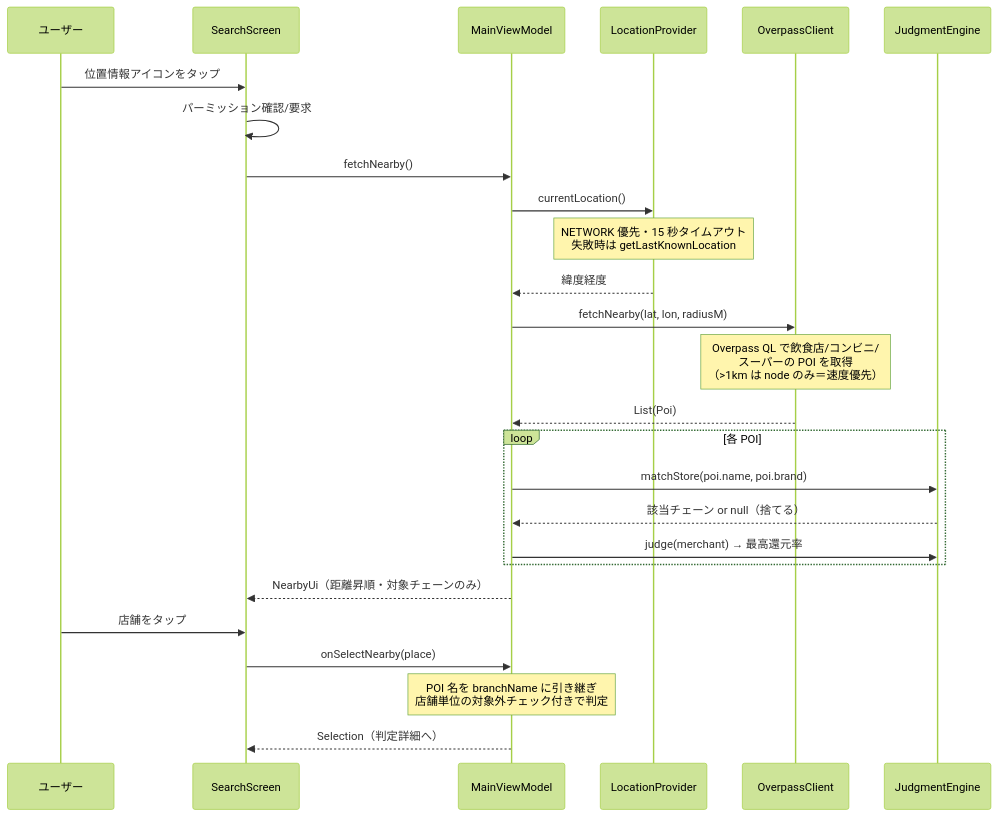
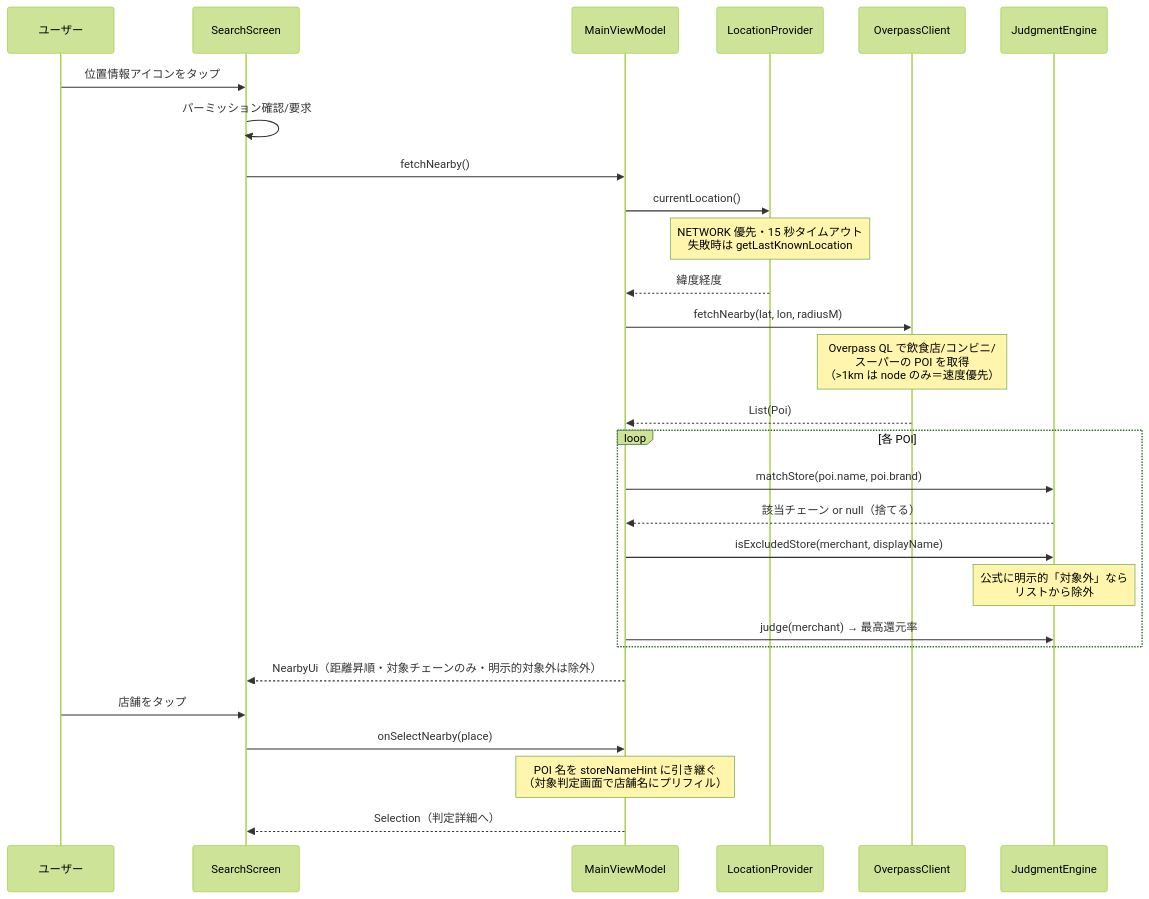
The sixth of 6 diagrams in docs/code-guide.md (ktakjm/poikatsu), drawn with Mermaid (forest theme) before and after one commit. The commit also changed other lines of this file and 8 other files, not shown here.

````diff
--- a/docs/code-guide.md
+++ b/docs/code-guide.md
@@ -276,29 +290,31 @@
 ```mermaid
 sequenceDiagram
     participant U as ユーザー
     participant SC as SearchScreen
     participant VM as MainViewModel
     participant LP as LocationProvider
     participant OC as OverpassClient
     participant JE as JudgmentEngine
 
     U->>SC: 位置情報アイコンをタップ
     SC->>SC: パーミッション確認/要求
     SC->>VM: fetchNearby()
     VM->>LP: currentLocation()
     Note over LP: NETWORK 優先・15 秒タイムアウト<br/>失敗時は getLastKnownLocation
     LP-->>VM: 緯度経度
     VM->>OC: fetchNearby(lat, lon, radiusM)
     Note over OC: Overpass QL で飲食店/コンビニ/<br/>スーパーの POI を取得<br/>（>1km は node のみ＝速度優先）
     OC-->>VM: List(Poi)
     loop 各 POI
         VM->>JE: matchStore(poi.name, poi.brand)
         JE-->>VM: 該当チェーン or null（捨てる）
+        VM->>JE: isExcludedStore(merchant, displayName)
+        Note over JE: 公式に明示的「対象外」なら<br/>リストから除外
         VM->>JE: judge(merchant) → 最高還元率
     end
-    VM-->>SC: NearbyUi（距離昇順・対象チェーンのみ）
+    VM-->>SC: NearbyUi（距離昇順・対象チェーンのみ・明示的対象外は除外）
     U->>SC: 店舗をタップ
     SC->>VM: onSelectNearby(place)
-    Note over VM: POI 名を branchName に引き継ぎ<br/>店舗単位の対象外チェック付きで判定
+    Note over VM: POI 名を storeNameHint に引き継ぐ<br/>（対象判定画面で店舗名にプリフィル）
     VM-->>SC: Selection（判定詳細へ）
 ```
````
